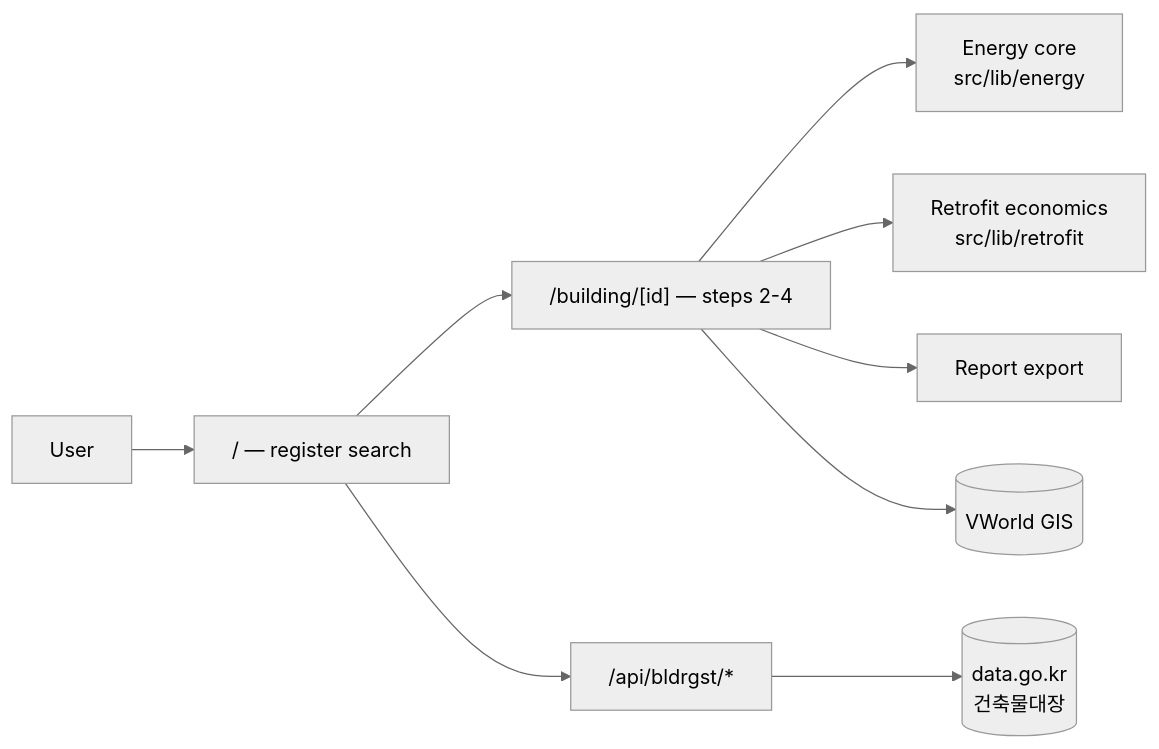
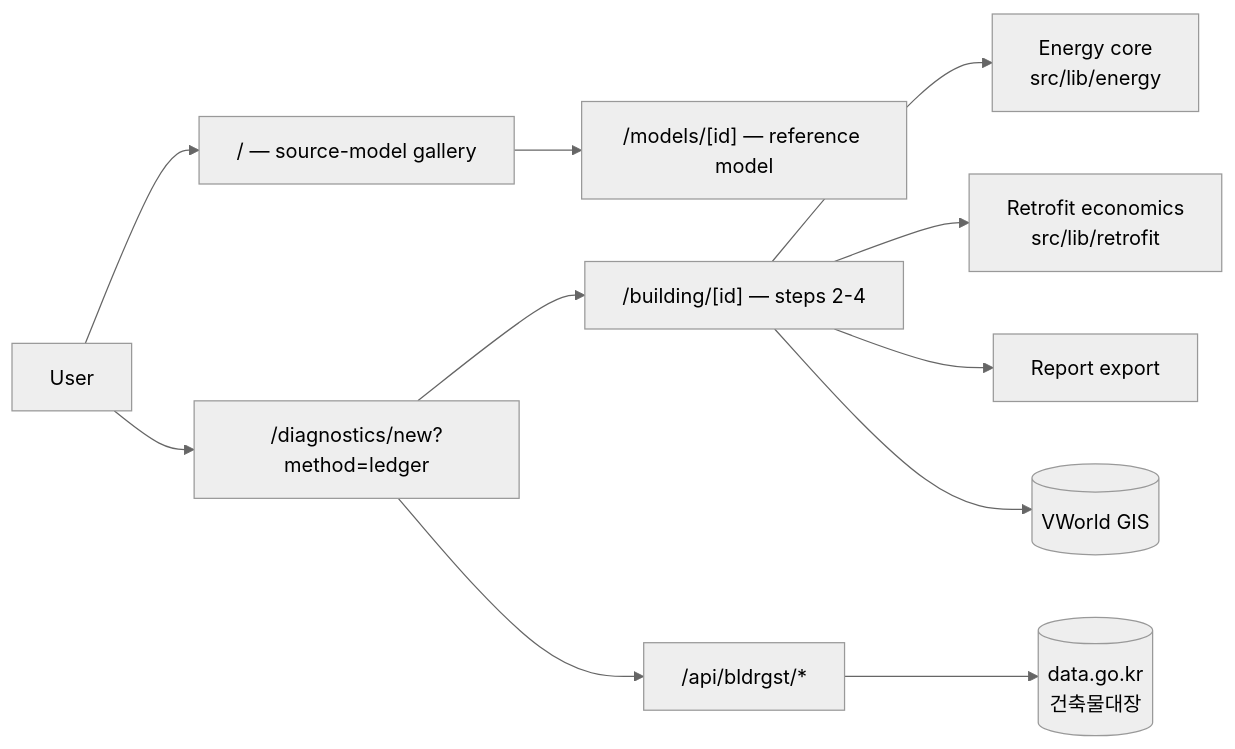
Before and after one commit to mattysouth97/BIM: the diagram in docs/00_Project/Project Overview.md, drawn with Mermaid (neutral theme). The commit also changed other lines of this file and 10 other files, not shown here.

Commit message:
Define BIMFIT professional value and validated engine roadmap

````diff
--- a/docs/00_Project/Project Overview.md
+++ b/docs/00_Project/Project Overview.md
@@ -71,11 +81,13 @@
 ```mermaid
 flowchart LR
-    User --> Landing["/ — register search"]
-    Landing --> Twin["/building/[id] — steps 2-4"]
+    User --> Gallery["/ — source-model gallery"]
+    Gallery --> Models["/models/[id] — reference model"]
+    User --> Search["/diagnostics/new?method=ledger"]
+    Search --> Twin["/building/[id] — steps 2-4"]
     Twin --> Energy["Energy core<br/>src/lib/energy"]
     Twin --> Retrofit["Retrofit economics<br/>src/lib/retrofit"]
     Twin --> Report["Report export"]
-    Landing --> Proxy["/api/bldrgst/*"]
+    Search --> Proxy["/api/bldrgst/*"]
     Proxy --> DataGoKr[("data.go.kr<br/>건축물대장")]
     Twin --> VWorld[("VWorld GIS")]
 ```
````
